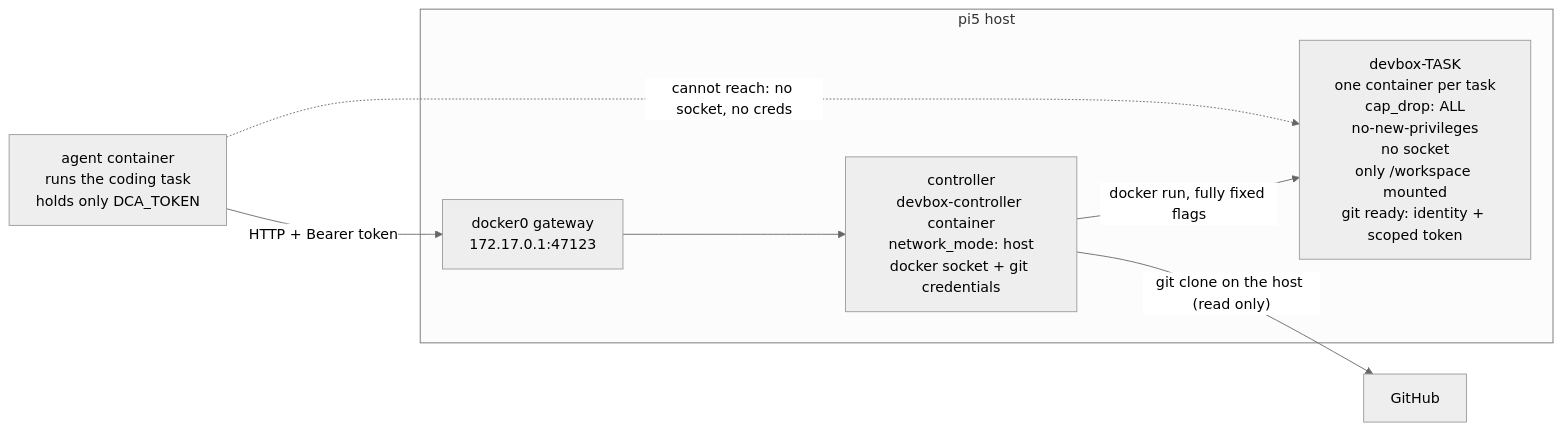
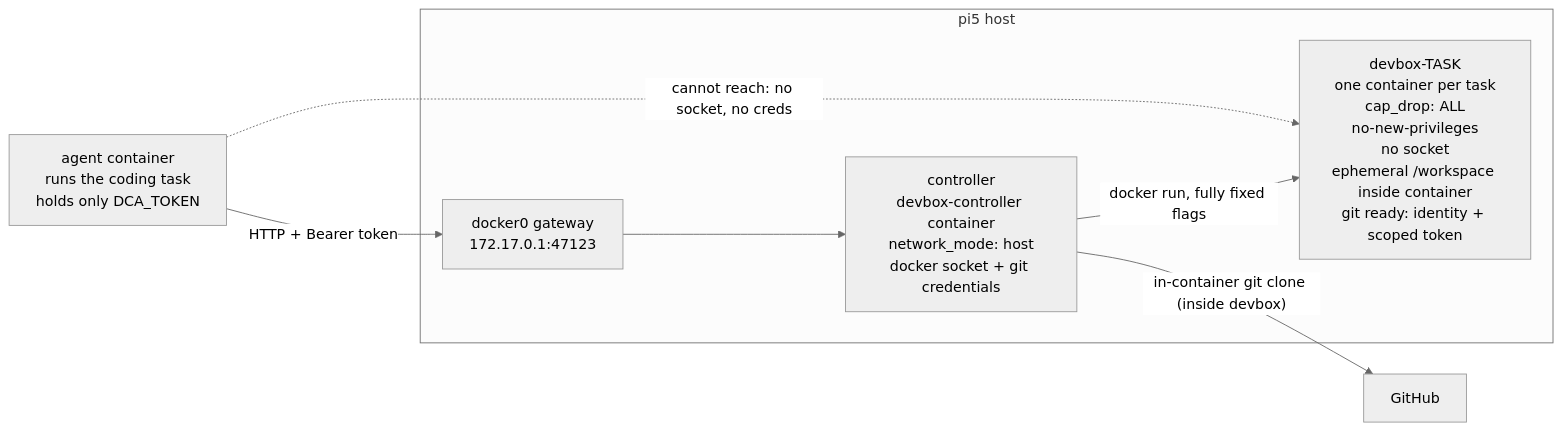
One commit to sysnapse/devbox-controller changed the first of 2 diagrams in README.md. Above: the diagram before and after it, drawn with Mermaid (neutral theme). The commit also changed other lines of this file and 11 other files, not shown here.

First line of the commit message:
refactor(controller): no host mount; repo cloned into ephemeral container workspace

````diff
--- a/README.md
+++ b/README.md
@@ -7,16 +7,16 @@
 ```mermaid
 flowchart LR
     agent["agent container<br/>runs the coding task<br/>holds only DCA_TOKEN"]
     subgraph host["pi5 host"]
         gw["docker0 gateway<br/>172.17.0.1:47123"]
         ctrl["controller<br/>devbox-controller container<br/>network_mode: host<br/>docker socket + git credentials"]
-        dbx["devbox-TASK<br/>one container per task<br/>cap_drop: ALL<br/>no-new-privileges<br/>no socket<br/>only /workspace mounted<br/>git ready: identity + scoped token"]
+        dbx["devbox-TASK<br/>one container per task<br/>cap_drop: ALL<br/>no-new-privileges<br/>no socket<br/>ephemeral /workspace inside container<br/>git ready: identity + scoped token"]
     end
     gh["GitHub"]
 
     agent -- "HTTP + Bearer token" --> gw
     gw --> ctrl
     ctrl -- "docker run, fully fixed flags" --> dbx
-    ctrl -- "git clone on the host (read only)" --> gh
+    ctrl -- "in-container git clone (inside devbox)" --> gh
     agent -. "cannot reach: no socket, no creds" .-> dbx
 ```
````
